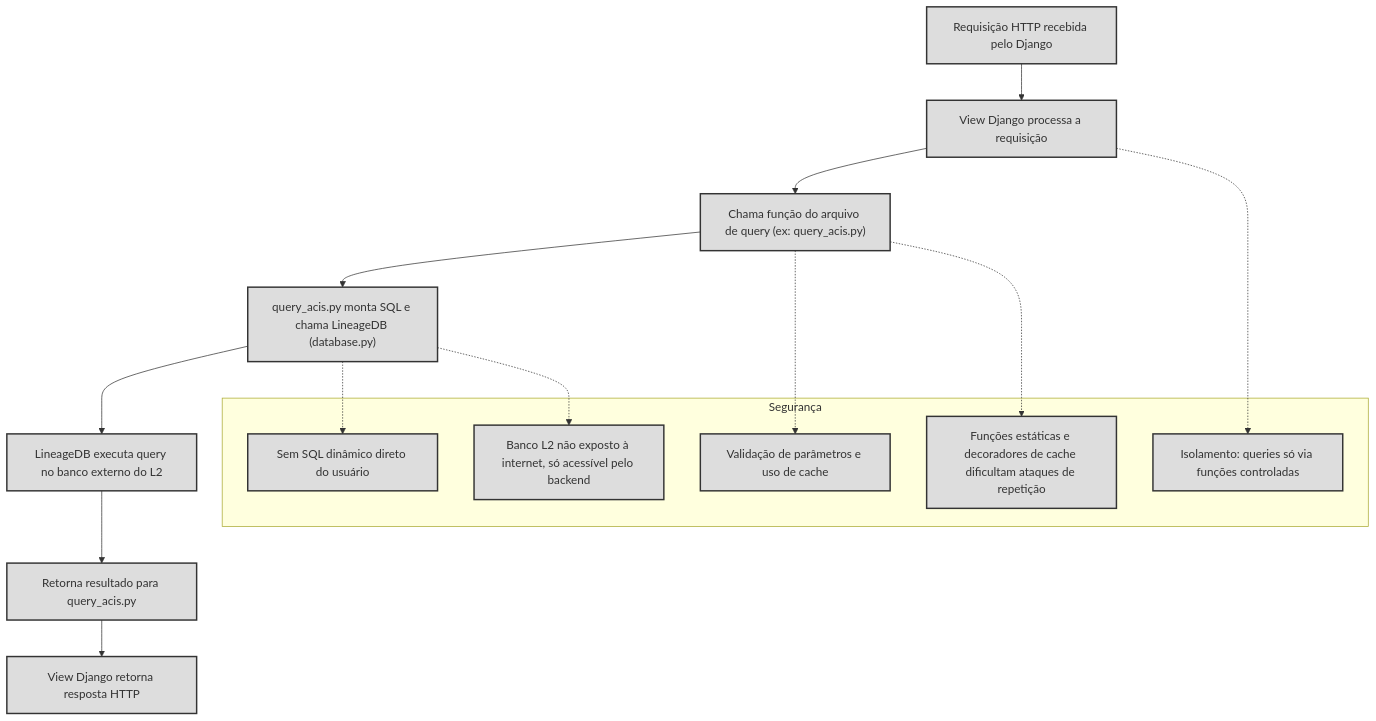
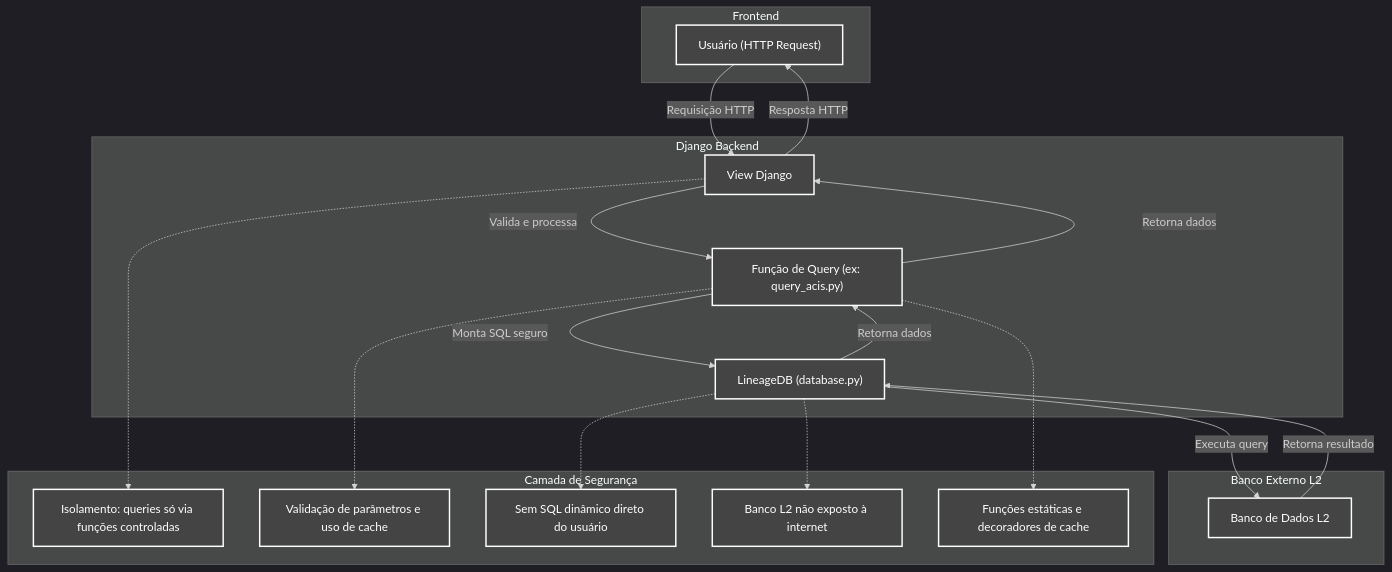
Before and after one commit to jacksonfelipe/lineage: the diagram in docs/DJANGO_L2_SECURITY_MODEL.md, drawn with Mermaid.

Commit message:
update visual diagram

````diff
--- a/docs/DJANGO_L2_SECURITY_MODEL.md
+++ b/docs/DJANGO_L2_SECURITY_MODEL.md
@@ -3,26 +3,43 @@
 ```mermaid
 flowchart TD
-    A["Requisição HTTP recebida pelo Django"] --> B["View Django processa a requisição"]
-    B --> C["Chama função do arquivo de query (ex: query_acis.py)"]
-    C --> D["query_acis.py monta SQL e chama LineageDB (database.py)"]
-    D --> E["LineageDB executa query no banco externo do L2"]
-    E --> F["Retorna resultado para query_acis.py"]
-    F --> G["View Django retorna resposta HTTP"]
+    subgraph "Frontend"
+        A["Usuário (HTTP Request)"]
+    end
+    subgraph "Django Backend"
+        B["View Django"]
+        C["Função de Query (ex: query_acis.py)"]
+        D["LineageDB (database.py)"]
+    end
+    subgraph "Banco Externo L2"
+        E["Banco de Dados L2"]
+    end
 
-    subgraph Segurança
+    A -->|"Requisição HTTP"| B
+    B -->|"Valida e processa"| C
+    C -->|"Monta SQL seguro"| D
+    D -->|"Executa query"| E
+    E -->|"Retorna resultado"| D
+    D -->|"Retorna dados"| C
+    C -->|"Retorna dados"| B
+    B -->|"Resposta HTTP"| A
+
+    %% Segurança
+    subgraph "Camada de Segurança"
         S1["Isolamento: queries só via funções controladas"]
         S2["Validação de parâmetros e uso de cache"]
         S3["Sem SQL dinâmico direto do usuário"]
-        S4["Banco L2 não exposto à internet, só acessível pelo backend"]
-        S5["Funções estáticas e decoradores de cache dificultam ataques de repetição"]
+        S4["Banco L2 não exposto à internet"]
+        S5["Funções estáticas e decoradores de cache"]
     end
 
     B -.-> S1
     C -.-> S2
     D -.-> S3
     D -.-> S4
     C -.-> S5
 
-    classDef safe fill:#ddd,stroke:#333,stroke-width:2px;
-    class A,B,C,D,E,F,G,S1,S2,S3,S4,S5 safe;
+    classDef safe fill:#444,stroke:#fff,stroke-width:2px,color:#fff;
+    class A,B,C,D,E,S1,S2,S3,S4,S5 safe;
+    %% Fundo do gráfico
+    %%{init: { 'theme': 'dark' }}%%
 ```
````
